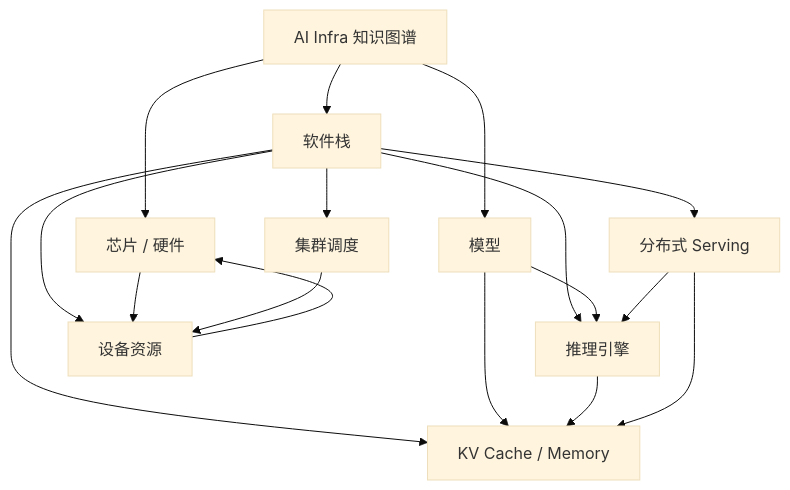
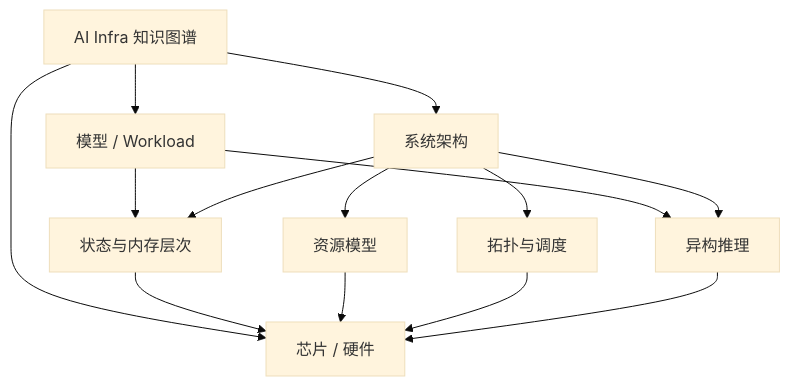
Before and after one commit to MarsChan8293/ai_infra_docs: the diagram in 00-ai-infra-map.md, drawn with Mermaid (base theme). The commit also changed other lines of this file and 87 other files, not shown here.

Commit message:
refactor: replace software domain with system architecture

````diff
--- a/00-ai-infra-map.md
+++ b/00-ai-infra-map.md
@@ -42,19 +40,16 @@
 ```mermaid
 graph TD
-    ROOT[AI Infra 知识图谱] --> CHIP[芯片 / 硬件]
-    ROOT --> SW[软件栈]
-    ROOT --> MODEL[模型]
-    SW --> SERVING[分布式 Serving]
-    SW --> ENGINE[推理引擎]
-    SW --> KV[KV Cache / Memory]
-    SW --> SCHED[集群调度]
-    SW --> DEVICE[设备资源]
-    CHIP --> DEVICE
-    MODEL --> ENGINE
-    MODEL --> KV
-    ENGINE --> KV
-    SERVING --> ENGINE
-    SERVING --> KV
-    SCHED --> DEVICE
-    DEVICE --> CHIP
+    ROOT[AI Infra 知识图谱] --> MODEL[模型 / Workload]
+    ROOT --> SYSTEM[系统架构]
+    ROOT --> CHIP[芯片 / 硬件]
+    MODEL --> MEMORY[状态与内存层次]
+    MODEL --> HETERO[异构推理]
+    SYSTEM --> MEMORY
+    SYSTEM --> RESOURCE[资源模型]
+    SYSTEM --> TOPO[拓扑与调度]
+    SYSTEM --> HETERO
+    MEMORY --> CHIP
+    RESOURCE --> CHIP
+    TOPO --> CHIP
+    HETERO --> CHIP
 ```
````
